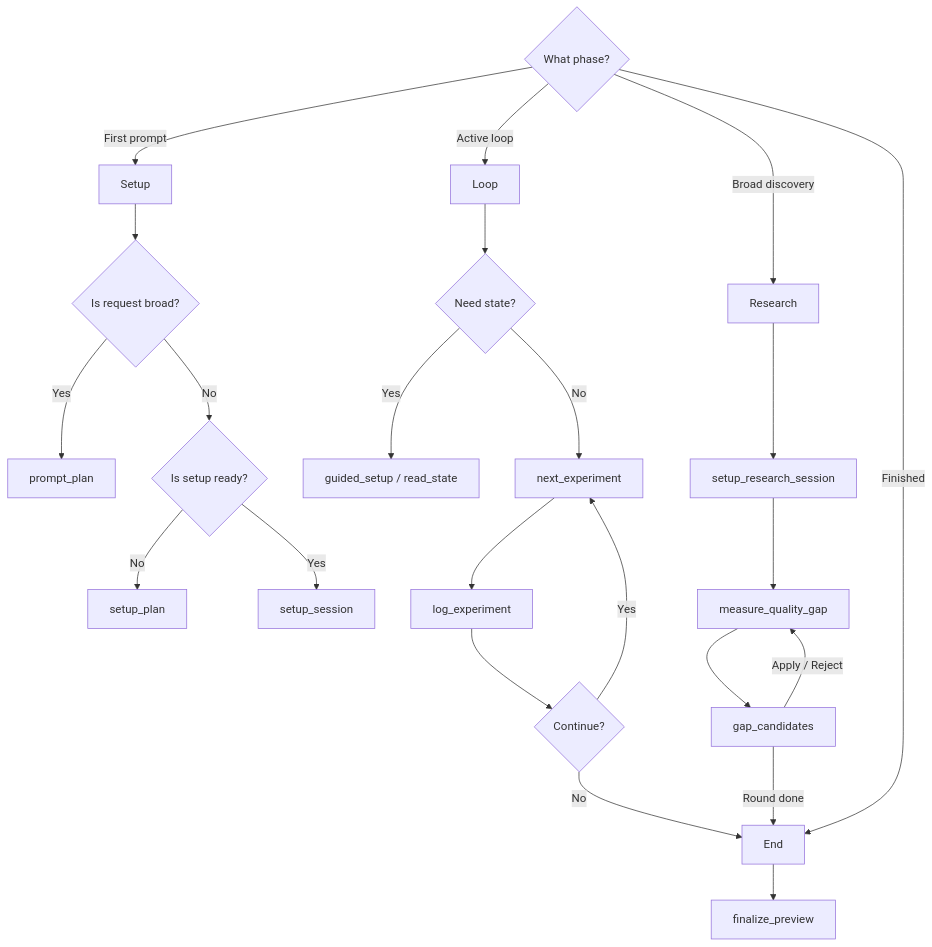
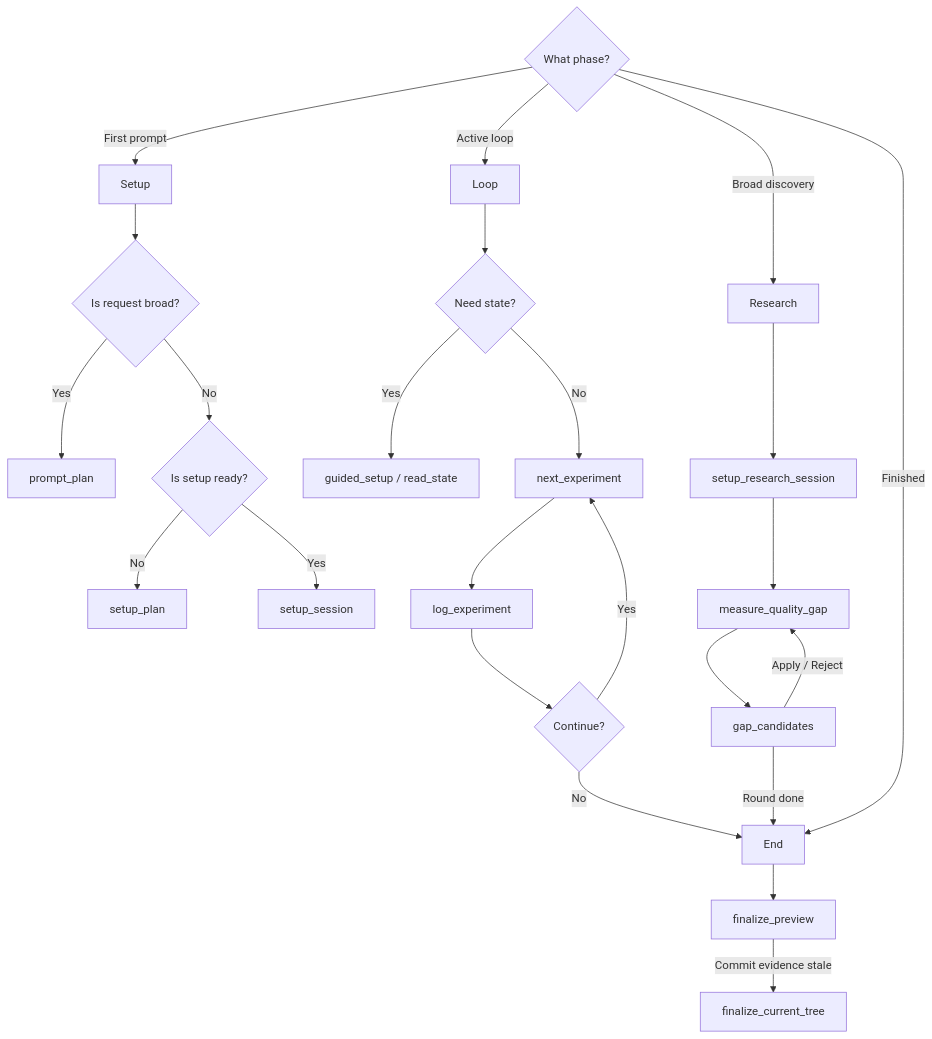
Before and after one commit to TheGreenCedar/codex-autoresearch: the diagram in plugins/codex-autoresearch/docs/mcp-tools.md, drawn with Mermaid. The commit also changed other lines of this file and 21 other files, not shown here.

````diff
--- a/plugins/codex-autoresearch/docs/mcp-tools.md
+++ b/plugins/codex-autoresearch/docs/mcp-tools.md
@@ -36,30 +37,31 @@
 ```mermaid
 flowchart TD
   Phase{"What phase?"}
   Phase -->|First prompt| Setup
   Phase -->|Active loop| Loop
   Phase -->|Broad discovery| Research
   Phase -->|Finished| End
 
   Setup --> Broad{"Is request broad?"}
   Broad -->|Yes| PP["prompt_plan"]
   Broad -->|No| Ready{"Is setup ready?"}
   Ready -->|No| SP["setup_plan"]
   Ready -->|Yes| SS["setup_session"]
 
   Loop --> State{"Need state?"}
   State -->|Yes| GS["guided_setup / read_state"]
   State -->|No| Packet["next_experiment"]
   Packet --> Log["log_experiment"]
   Log --> Check{"Continue?"}
   Check -->|Yes| Packet
   Check -->|No| End
 
   Research --> RS["setup_research_session"]
   RS --> MG["measure_quality_gap"]
   MG --> GC["gap_candidates"]
   GC -->|Apply / Reject| MG
   GC -->|Round done| End
 
   End --> FP["finalize_preview"]
+  FP -->|Commit evidence stale| FCT["finalize_current_tree"]
 ```
````
